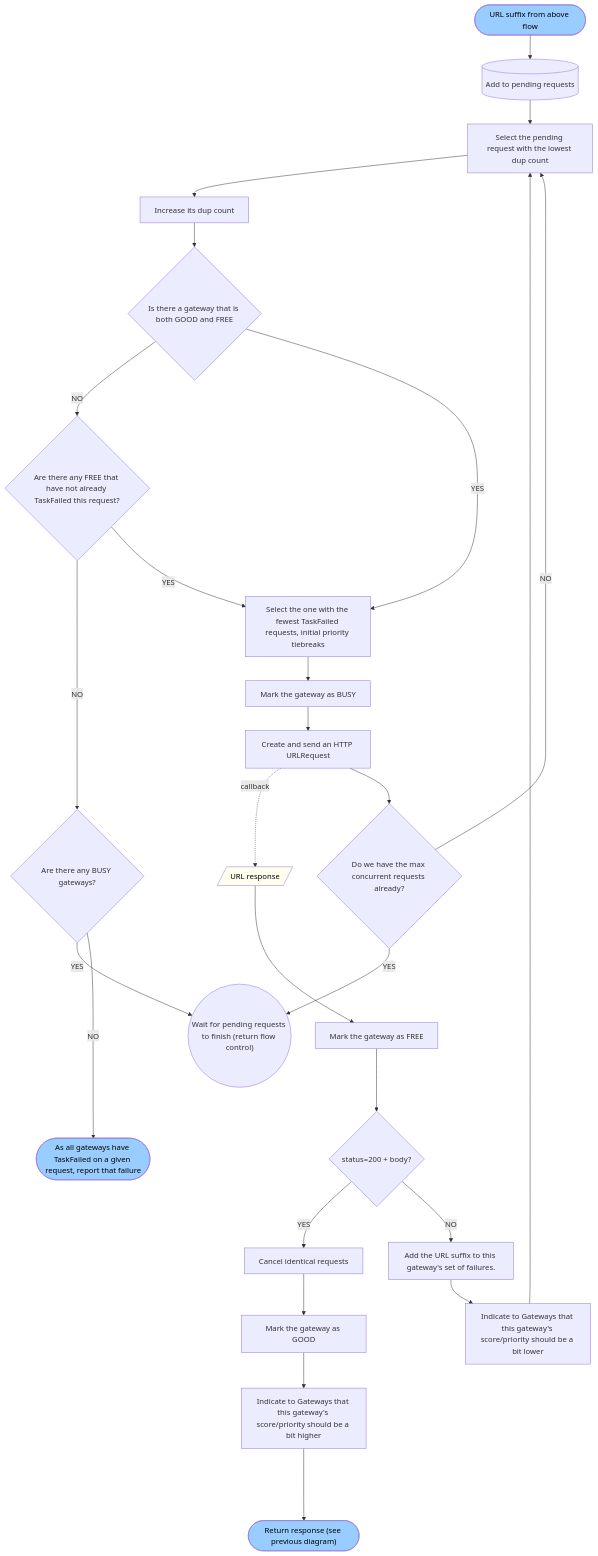
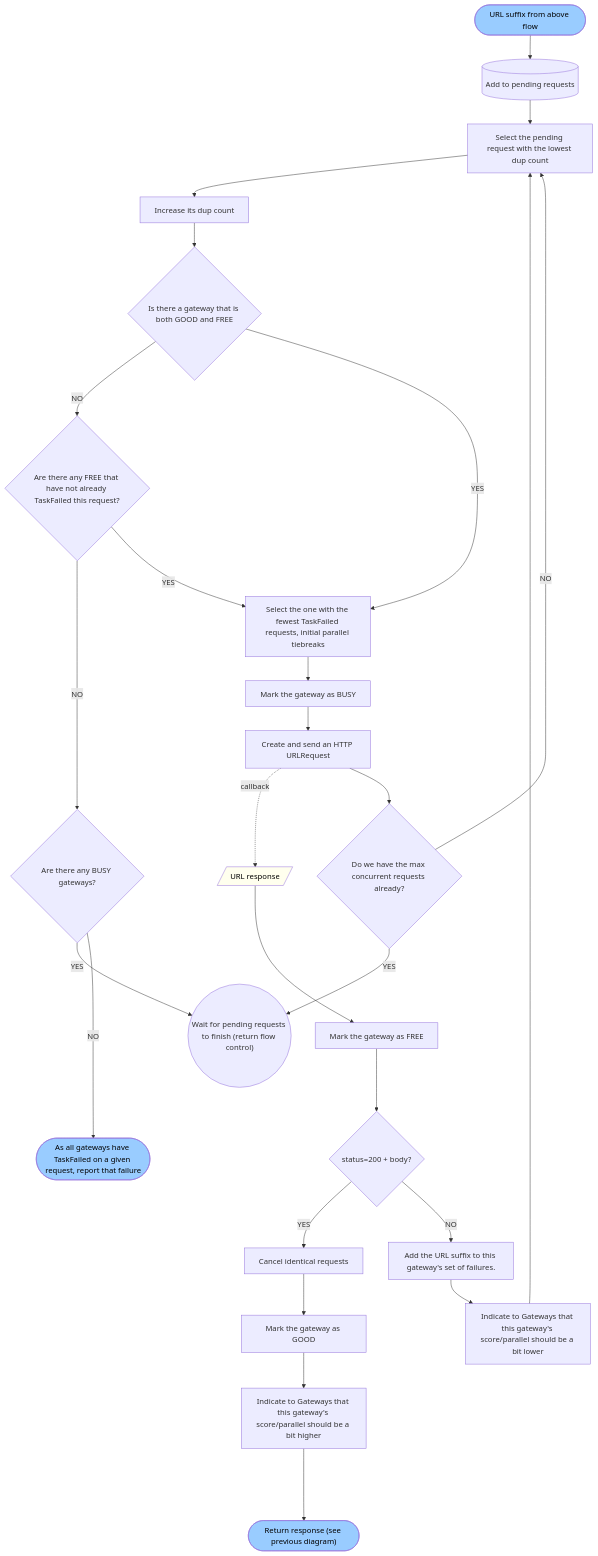
The second of 3 diagrams in doc/original_design.md (little-bear-labs/ipfs-chromium), drawn with Mermaid before and after one commit. The commit also changed 84 other files, not shown here.

````diff
--- a/doc/original_design.md
+++ b/doc/original_design.md
@@ -84,27 +84,27 @@
 ```mermaid
 graph TD;
     start(["URL suffix from above flow"]) --> add[("Add to pending requests")]
     style start fill:#9CF,color:black
     add --> selreq["Select the pending request with the lowest dup count"] --> incdup["Increase its dup count"] 
     incdup --> goodfree{"Is there a gateway that is both GOOD and FREE"} 
     goodfree --NO--> badfree{"Are there any FREE that have not already TaskFailed this request?"} 
     badfree --NO--> anybusy{"Are there any BUSY gateways?"} 
     anybusy --YES--> wait(("Wait for pending requests to finish (return flow control)"))
-    badfree --YES--> selbf["Select the one with the fewest TaskFailed requests, initial priority tiebreaks"] 
+    badfree --YES--> selbf["Select the one with the fewest TaskFailed requests, initial parallel tiebreaks"] 
     selbf --> mark_busy["Mark the gateway as BUSY"]
     goodfree --YES--> selbf
     mark_busy --> send["Create and send an HTTP URLRequest"]
     send -.callback.-> resp
     send --> conc{"Do we have the max concurrent requests already?"} --NO--> selreq
     conc --YES--> wait
     resp[/"URL response"/] --> markfree["Mark the gateway as FREE"] --> success{"status=200 + body?"} 
     style resp fill:#FFE,color:black
     success --YES--> cancel["Cancel identical requests"] --> markgood["Mark the gateway as GOOD"] 
-    markgood --> incprio["Indicate to Gateways that this gateway's score/priority should be a bit higher"] 
+    markgood --> incprio["Indicate to Gateways that this gateway's score/parallel should be a bit higher"] 
     incprio ----> successed(["Return response (see previous diagram)"])
     style successed fill:#9CF,color:black
     success --NO--> addbad["Add the URL suffix to this gateway's set of failures."] 
-    addbad --> decprio[Indicate to Gateways that this gateway's score/priority should be a bit lower] --> selreq
+    addbad --> decprio[Indicate to Gateways that this gateway's score/parallel should be a bit lower] --> selreq
     anybusy --NO---> all_failed(["As all gateways have TaskFailed on a given request, report that failure"])
     style all_failed fill:#9CF,color:black
  ```
````
